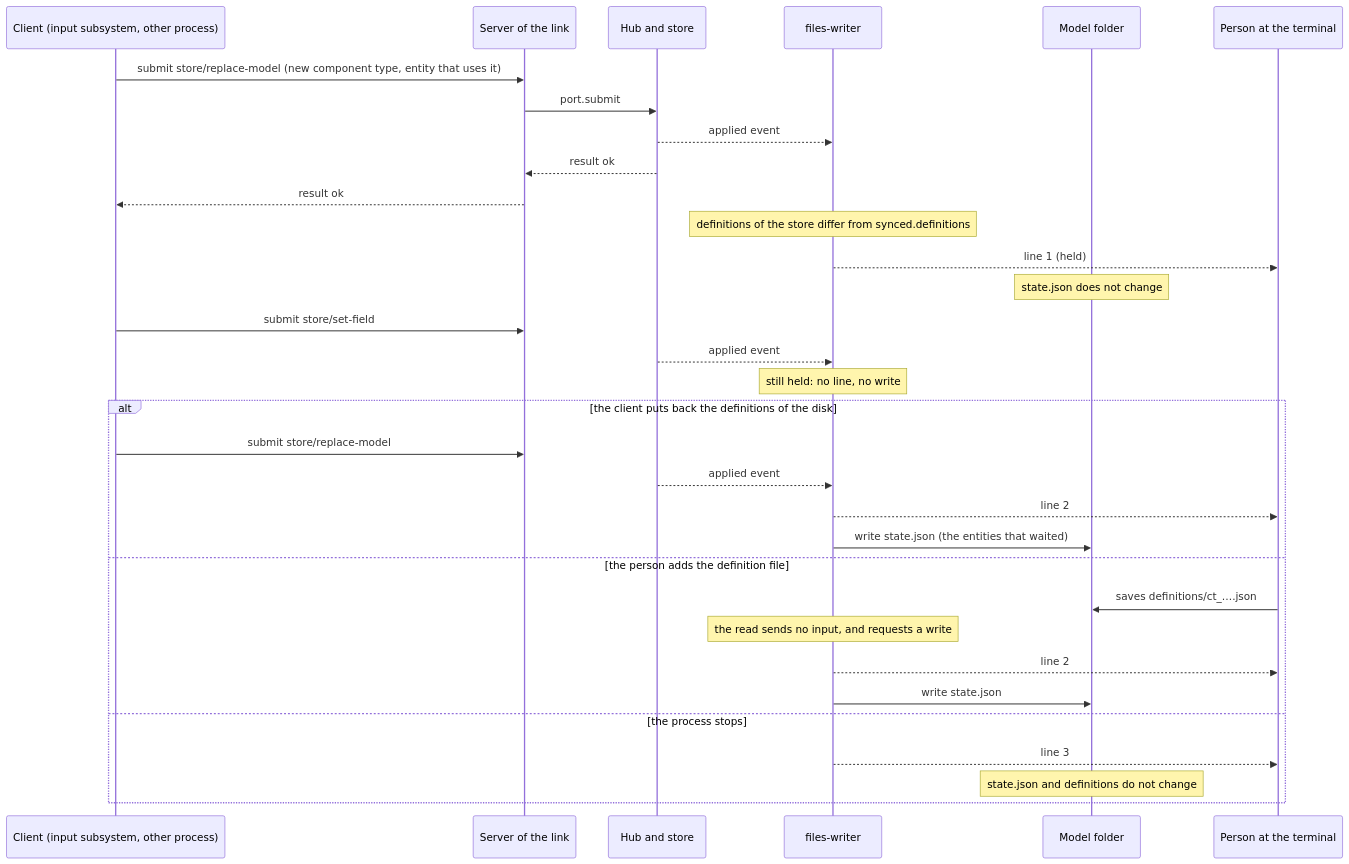
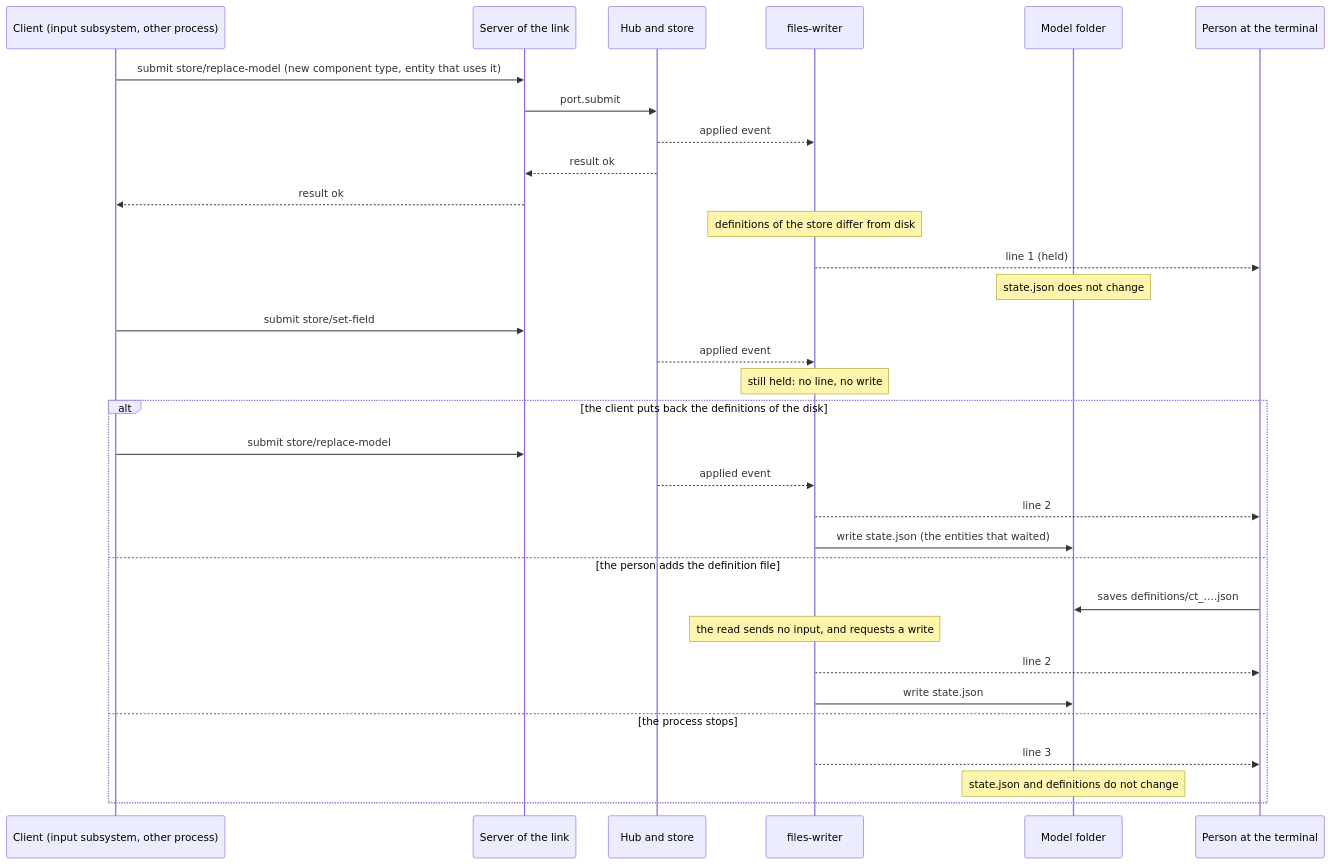
The second of 2 diagrams in openspec/changes/570-keep-model-folder-correct/design.md (twin-digital/opus), drawn with Mermaid before and after one commit. The commit also changed other lines of this file, not shown here.

Commit message:
docs(wishem): give the value disk in the design of 570

````diff
--- a/openspec/changes/570-keep-model-folder-correct/design.md
+++ b/openspec/changes/570-keep-model-folder-correct/design.md
@@ -99,34 +99,34 @@
 ```mermaid
 sequenceDiagram
   participant C as Client (input subsystem, other process)
   participant L as Server of the link
   participant H as Hub and store
   participant W as files-writer
   participant F as Model folder
   participant P as Person at the terminal
   C->>L: submit store/replace-model (new component type, entity that uses it)
   L->>H: port.submit
   H-->>W: applied event
   H-->>L: result ok
   L-->>C: result ok
-  Note over W: definitions of the store differ from synced.definitions
+  Note over W: definitions of the store differ from disk
   W-->>P: line 1 (held)
   Note over F: state.json does not change
   C->>L: submit store/set-field
   H-->>W: applied event
   Note over W: still held: no line, no write
   alt the client puts back the definitions of the disk
     C->>L: submit store/replace-model
     H-->>W: applied event
     W-->>P: line 2
     W->>F: write state.json (the entities that waited)
   else the person adds the definition file
     P->>F: saves definitions/ct_….json
     Note over W: the read sends no input, and requests a write
     W-->>P: line 2
     W->>F: write state.json
   else the process stops
     W-->>P: line 3
     Note over F: state.json and definitions do not change
   end
 ```
````
